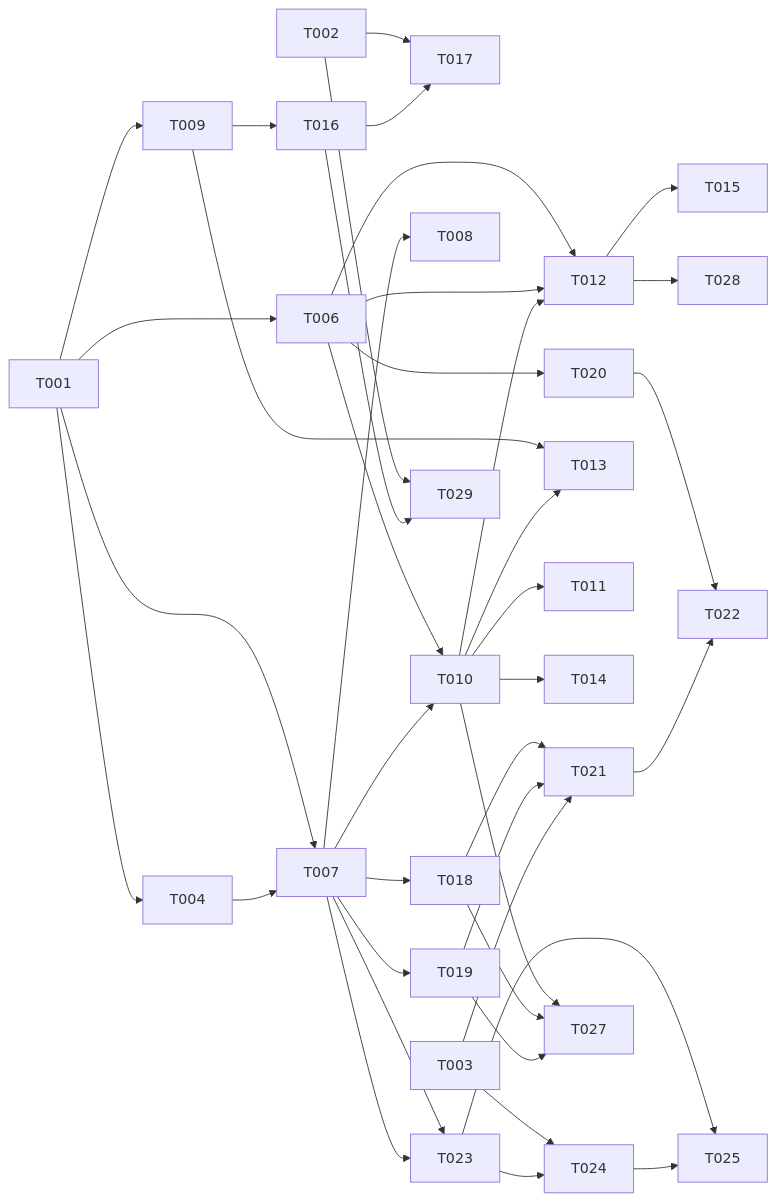
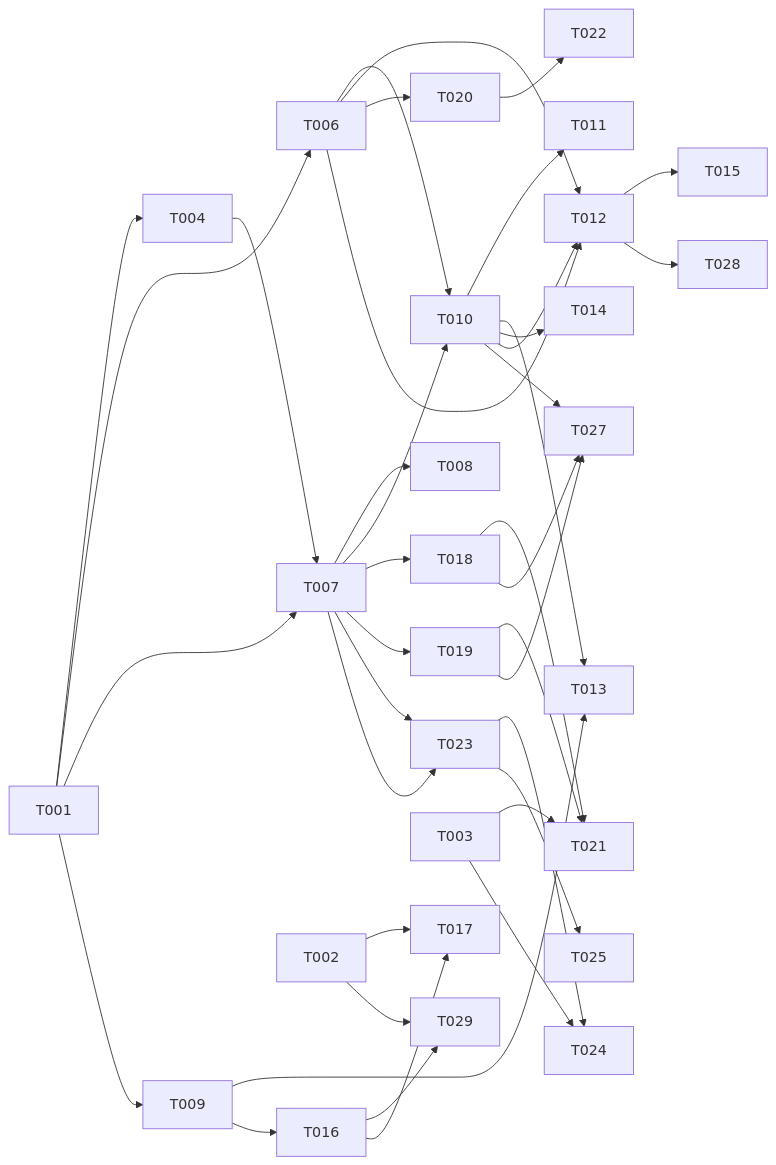
The diagram in specs/008-agent-builder/tasks.md (UnderUndre/undrecreaitwins), drawn with Mermaid before and after one commit. The commit also changed other lines of this file and 5 other files, not shown here.

````diff
--- a/specs/008-agent-builder/tasks.md
+++ b/specs/008-agent-builder/tasks.md
@@ -119,36 +119,36 @@
 ```mermaid
 graph LR
     T001 --> T004
     T001 --> T006
     T001 --> T007
     T001 --> T009
     T002 --> T017
     T004 --> T007
     T006 --> T010
     T006 --> T012
     T006 --> T020
     T007 --> T008
     T007 --> T010
     T007 --> T018
     T007 --> T019
     T007 --> T023
     T009 --> T013
     T009 --> T016
     T002 --> T029
     T016 --> T029
     T010 --> T011
     T010 --> T013
     T010 --> T014
     T006 & T010 --> T012
     T012 --> T015
     T012 --> T028
     T016 --> T017
     T018 & T019 --> T021
     T003 --> T021
     T003 --> T024
-    T020 & T021 --> T022
+    T020 --> T022
     T007 --> T023
     T023 --> T024
-    T023 & T024 --> T025
+    T023 --> T025
     T010 & T018 & T019 --> T027
 ```
````
